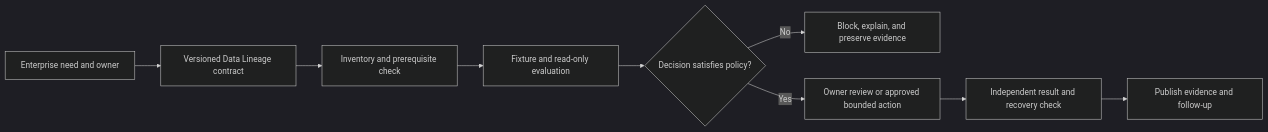
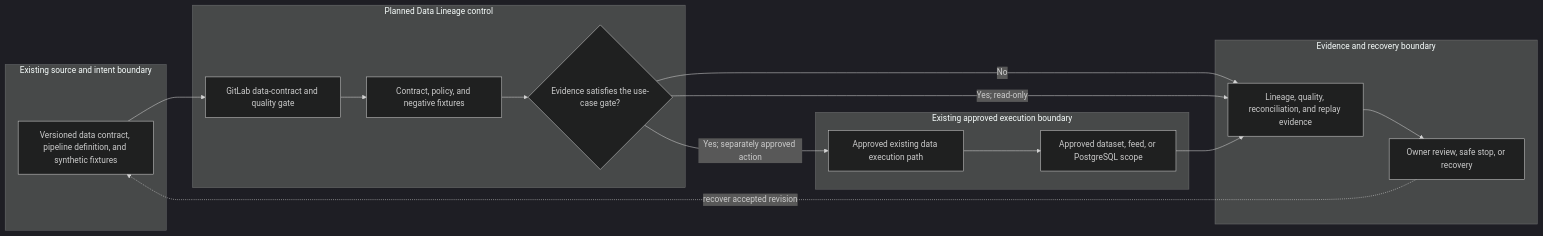
Before and after one commit to MIDHTECH/enterprise-architecture-docs: the diagram in docs/use-cases/data/UC-DATA-014-data-lineage.md, drawn with Mermaid (dark theme). The commit also changed other lines of this file and 227 other files, not shown here.

Commit message:
Deepen architecture for all use case designs

````diff
--- a/docs/use-cases/data/UC-DATA-014-data-lineage.md
+++ b/docs/use-cases/data/UC-DATA-014-data-lineage.md
@@ -136,11 +129,25 @@
 ```mermaid
 flowchart LR
-    Need["Enterprise need and owner"] --> Contract["Versioned Data Lineage contract"]
-    Contract --> Preflight["Inventory and prerequisite check"]
-    Preflight --> Evaluate["Fixture and read-only evaluation"]
-    Evaluate --> Decision{"Decision satisfies policy?"}
-    Decision -->|No| Stop["Block, explain, and preserve evidence"]
-    Decision -->|Yes| Review["Owner review or approved bounded action"]
-    Review --> Verify["Independent result and recovery check"]
-    Verify --> Publish["Publish evidence and follow-up"]
+    subgraph Source["Existing source and intent boundary"]
+        A["Versioned data contract, pipeline definition, and synthetic fixtures"]
+    end
+    subgraph Planned["Planned Data Lineage control"]
+        B["GitLab data-contract and quality gate"]
+        C["Contract, policy, and negative fixtures"]
+        D{"Evidence satisfies the use-case gate?"}
+    end
+    subgraph Runtime["Existing approved execution boundary"]
+        E["Approved existing data execution path"]
+        F["Approved dataset, feed, or PostgreSQL scope"]
+    end
+    subgraph Assurance["Evidence and recovery boundary"]
+        G["Lineage, quality, reconciliation, and replay evidence"]
+        H["Owner review, safe stop, or recovery"]
+    end
+
+    A --> B --> C --> D
+    D -->|No| G --> H
+    D -->|Yes; read-only| G
+    D -->|Yes; separately approved action| E --> F --> G
+    H -. recover accepted revision .-> A
 ```
````
